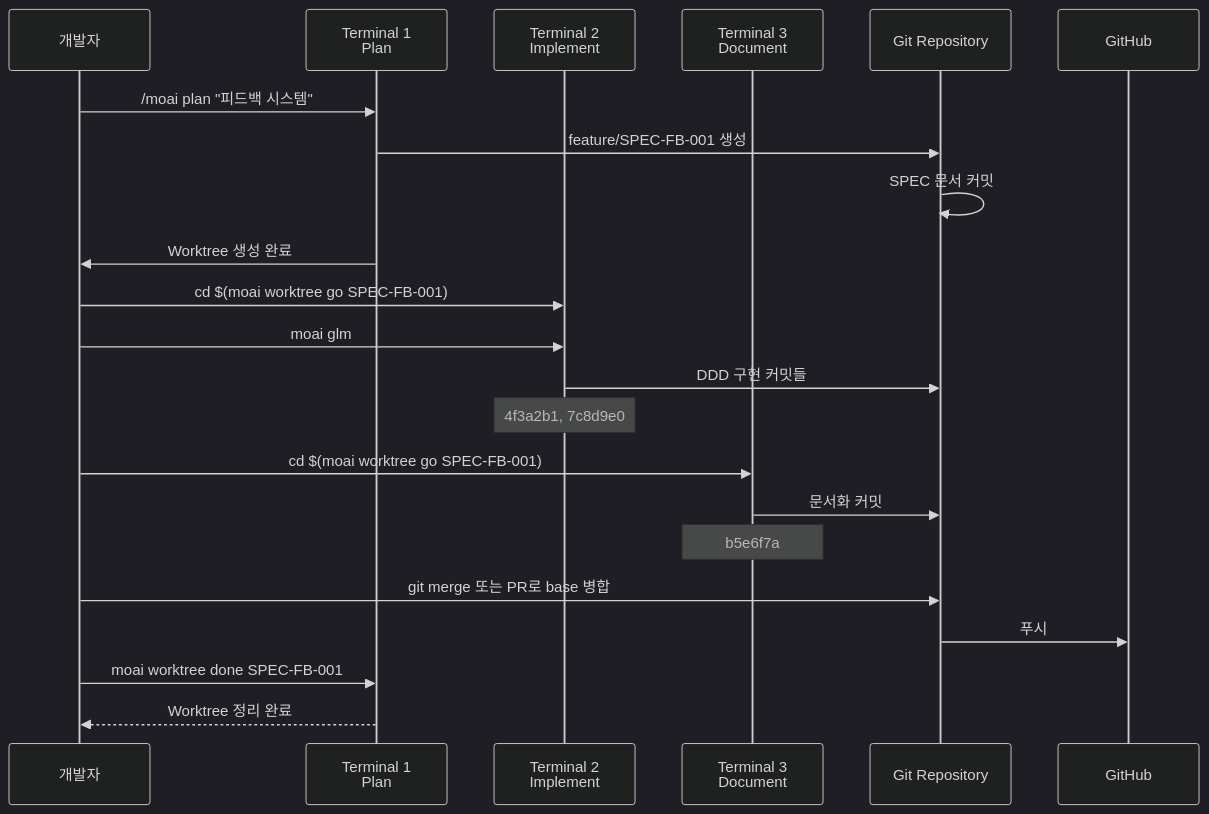
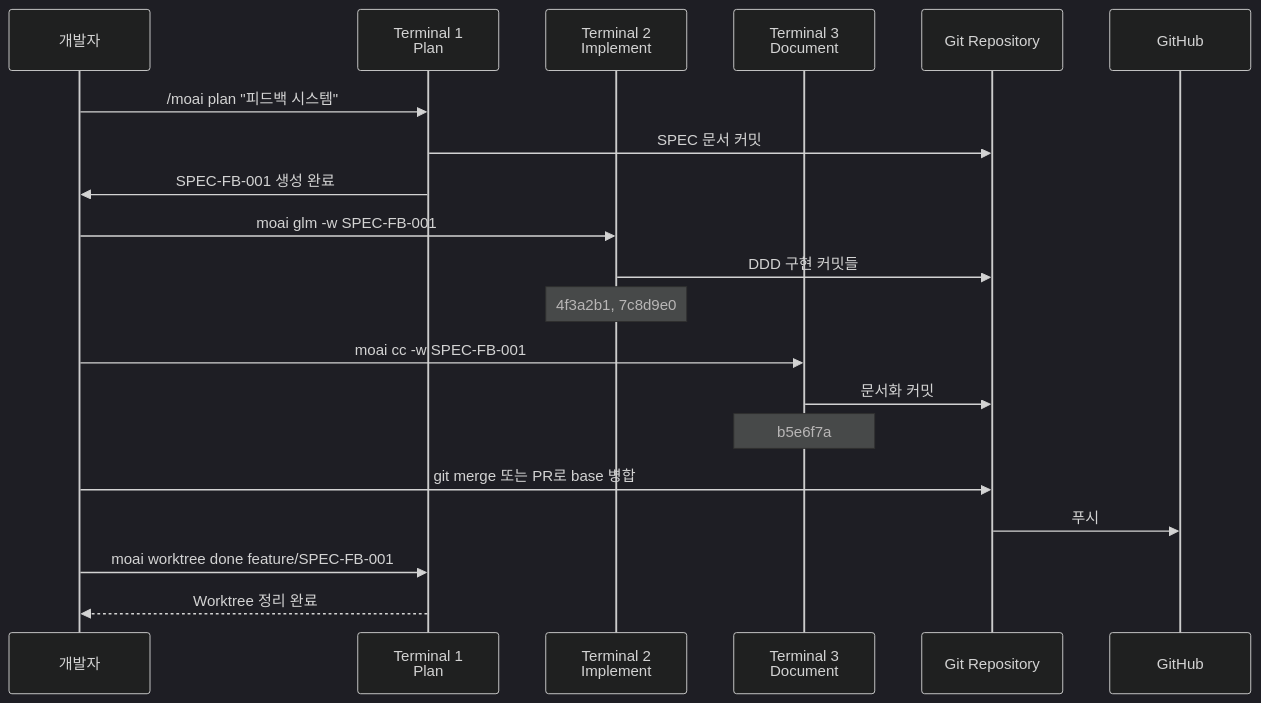
One commit to gabrielmoreira/agent-skills-mirror changed the fourth of 4 diagrams in mirrors/repos/modu-ai@moai-adk/docs-site/content/ko/worktree/examples.md. Above: the diagram before and after it, drawn with Mermaid (dark theme). The commit also changed other lines of this file and 1426 other files, not shown here.

````diff
--- a/mirrors/repos/modu-ai@moai-adk/docs-site/content/ko/worktree/examples.md
+++ b/mirrors/repos/modu-ai@moai-adk/docs-site/content/ko/worktree/examples.md
@@ -425,28 +419,26 @@
 ```mermaid
 sequenceDiagram
     participant Dev as 개발자
     participant T1 as Terminal 1<br/>Plan
     participant T2 as Terminal 2<br/>Implement
     participant T3 as Terminal 3<br/>Document
     participant Git as Git Repository
     participant Remote as GitHub
 
     Dev->>T1: /moai plan "피드백 시스템"
-    T1->>Git: feature/SPEC-FB-001 생성
-    Git->>Git: SPEC 문서 커밋
-    T1->>Dev: Worktree 생성 완료
+    T1->>Git: SPEC 문서 커밋
+    T1->>Dev: SPEC-FB-001 생성 완료
 
-    Dev->>T2: cd $(moai worktree go SPEC-FB-001)
-    Dev->>T2: moai glm
+    Dev->>T2: moai glm -w SPEC-FB-001
     T2->>Git: DDD 구현 커밋들
     Note over T2: 4f3a2b1, 7c8d9e0
 
-    Dev->>T3: cd $(moai worktree go SPEC-FB-001)
+    Dev->>T3: moai cc -w SPEC-FB-001
     T3->>Git: 문서화 커밋
     Note over T3: b5e6f7a
 
     Dev->>Git: git merge 또는 PR로 base 병합
     Git->>Remote: 푸시
-    Dev->>T1: moai worktree done SPEC-FB-001
+    Dev->>T1: moai worktree done feature/SPEC-FB-001
     T1-->>Dev: Worktree 정리 완료
 ```
````
